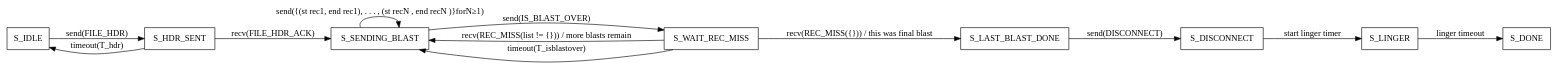
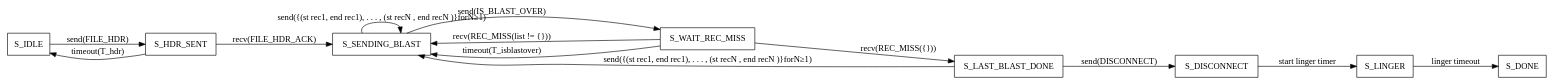
The diagram in Networks/fft/sender.dot (Vaibhav-Sonkusare/MTech_Labs), drawn with Graphviz before and after one commit. The commit also changed 3 other files, not shown here.

```diff
--- a/Networks/fft/sender.dot
+++ b/Networks/fft/sender.dot
@@ -1,20 +1,22 @@
 digraph SenderFSM {
   rankdir=LR;
   node [shape=box];
 
   S_IDLE -> S_HDR_SENT [label="send(FILE_HDR)"];
   S_HDR_SENT -> S_IDLE [label="timeout(T_hdr)"];
   S_HDR_SENT -> S_SENDING_BLAST [label="recv(FILE_HDR_ACK)"];
 
   S_SENDING_BLAST -> S_SENDING_BLAST [label="send({(st rec1, end rec1), . . . , (st recN , end recN )}forN≥1)"];
 
   S_SENDING_BLAST -> S_WAIT_REC_MISS [label="send(IS_BLAST_OVER)"];
 
-  S_WAIT_REC_MISS -> S_SENDING_BLAST [label="recv(REC_MISS(list != {})) / more blasts remain"];
-  S_WAIT_REC_MISS -> S_LAST_BLAST_DONE [label="recv(REC_MISS({})) / this was final blast"];
+  S_WAIT_REC_MISS -> S_SENDING_BLAST [label="recv(REC_MISS(list != {}))"];
+  S_WAIT_REC_MISS -> S_LAST_BLAST_DONE [label="recv(REC_MISS({}))"];
   S_WAIT_REC_MISS -> S_SENDING_BLAST [label="timeout(T_isblastover)"];
 
   S_LAST_BLAST_DONE -> S_DISCONNECT [label="send(DISCONNECT)"];
+  S_LAST_BLAST_DONE -> S_SENDING_BLAST [label="send({(st rec1, end rec1), . . . , (st recN , end recN )}forN≥1)"];
+  
   S_DISCONNECT -> S_LINGER [label="start linger timer"];
   S_LINGER -> S_DONE [label="linger timeout"];
 }
```
